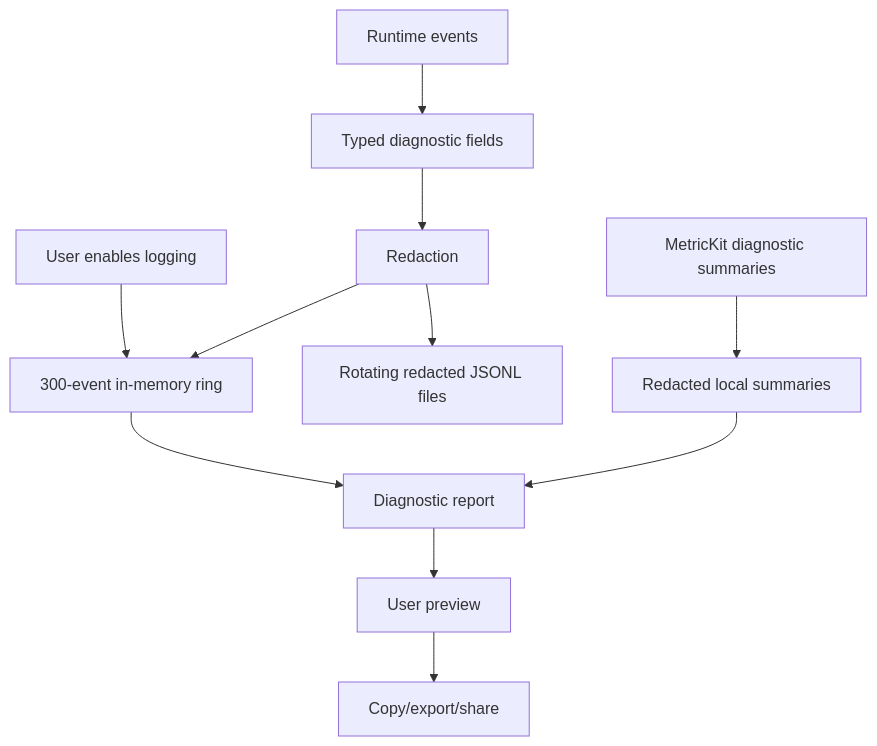
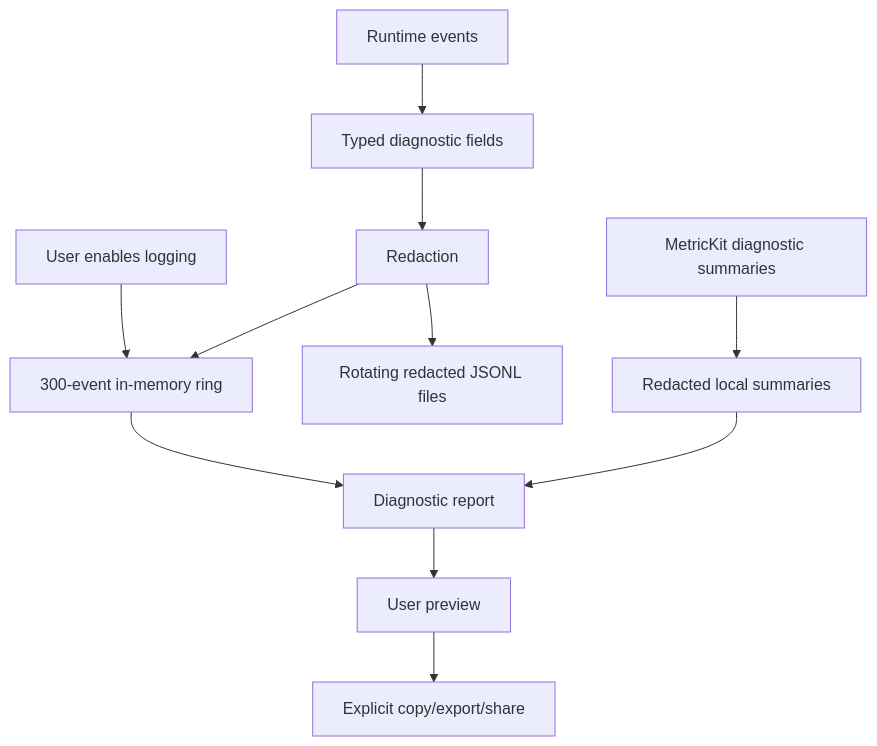
Before and after one commit to jlipworth/Labstream: the diagram in docs/DIAGNOSTICS-PRIVACY.md, drawn with Mermaid. The commit also changed other lines of this file and 55 other files, not shown here.

First line of the commit message:
Bump all platforms to 1.6.1 and document release flow (#279)

````diff
--- a/docs/DIAGNOSTICS-PRIVACY.md
+++ b/docs/DIAGNOSTICS-PRIVACY.md
@@ -5,15 +5,15 @@
 ```mermaid
 flowchart TD
   accTitle: Diagnostic redaction and export
   accDescr: Typed runtime events are redacted before reaching the in-memory ring or rotating local files. MetricKit summaries are separately redacted, and only a user action assembles local material into a report for explicit sharing.
   Toggle[User enables logging] --> Ring[300-event in-memory ring]
   Runtime[Runtime events] --> Fields[Typed diagnostic fields]
   Fields --> Redactor[Redaction]
   Redactor --> Ring
   Redactor --> Files[Rotating redacted JSONL files]
   MetricKit[MetricKit diagnostic summaries] --> MXRedact[Redacted local summaries]
   Ring --> Report[Diagnostic report]
   MXRedact --> Report
   Report --> Preview[User preview]
-  Preview --> Copy[Copy/export/share]
+  Preview --> Copy[Explicit copy/export/share]
 ```
````
